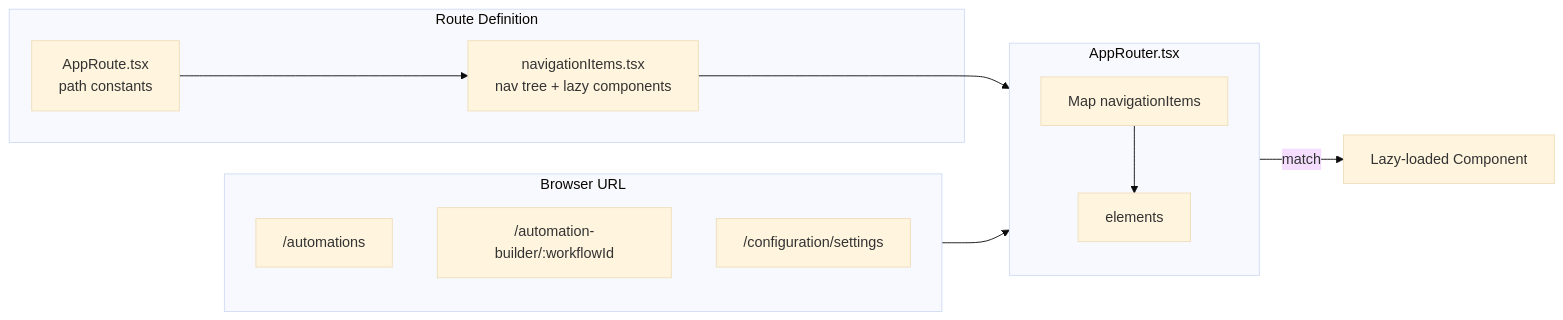
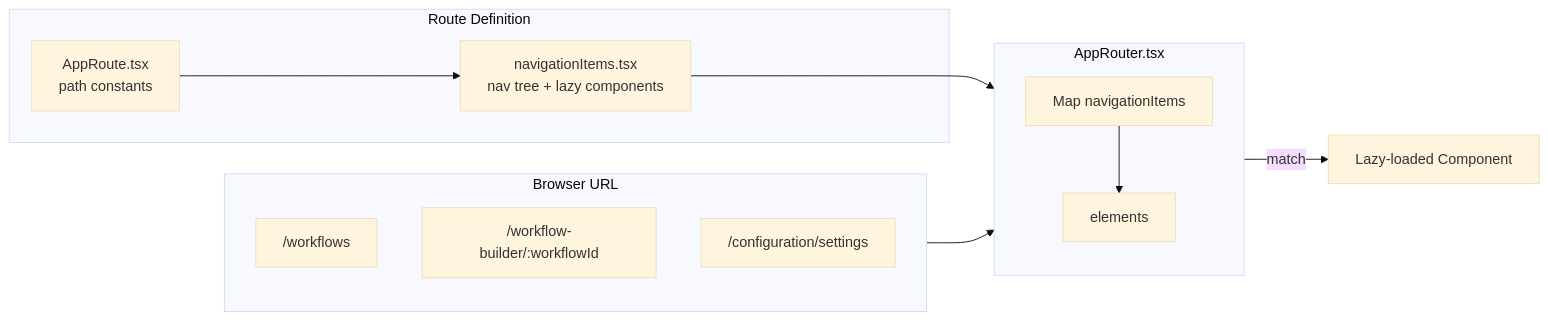
One commit to alinabuzachis/syntara changed the sixth of 18 diagrams in docs/architecture.md. Above: the diagram before and after it, drawn with Mermaid (base theme). The commit also changed other lines of this file and 90 other files, not shown here.

First line of the commit message:
[AAP-72506] Rename 'automation' to 'workflow' across entire UI (#557)

````diff
--- a/docs/architecture.md
+++ b/docs/architecture.md
@@ -340,24 +340,24 @@
 ```mermaid
 flowchart LR
   subgraph Definition["Route Definition"]
     AR[AppRoute.tsx<br/>path constants]
     NI[navigationItems.tsx<br/>nav tree + lazy components]
   end
 
   subgraph Router["AppRouter.tsx"]
     Map["Map navigationItems"]
     Route["<Route> elements"]
     Map --> Route
   end
 
   subgraph URL["Browser URL"]
-    U["/automations"]
-    U2["/automation-builder/:workflowId"]
+    U["/workflows"]
+    U2["/workflow-builder/:workflowId"]
     U3["/configuration/settings"]
   end
 
   AR --> NI
   NI --> Router
   URL --> Router
   Router -->|"match"| Component["Lazy-loaded Component"]
 ```
````
